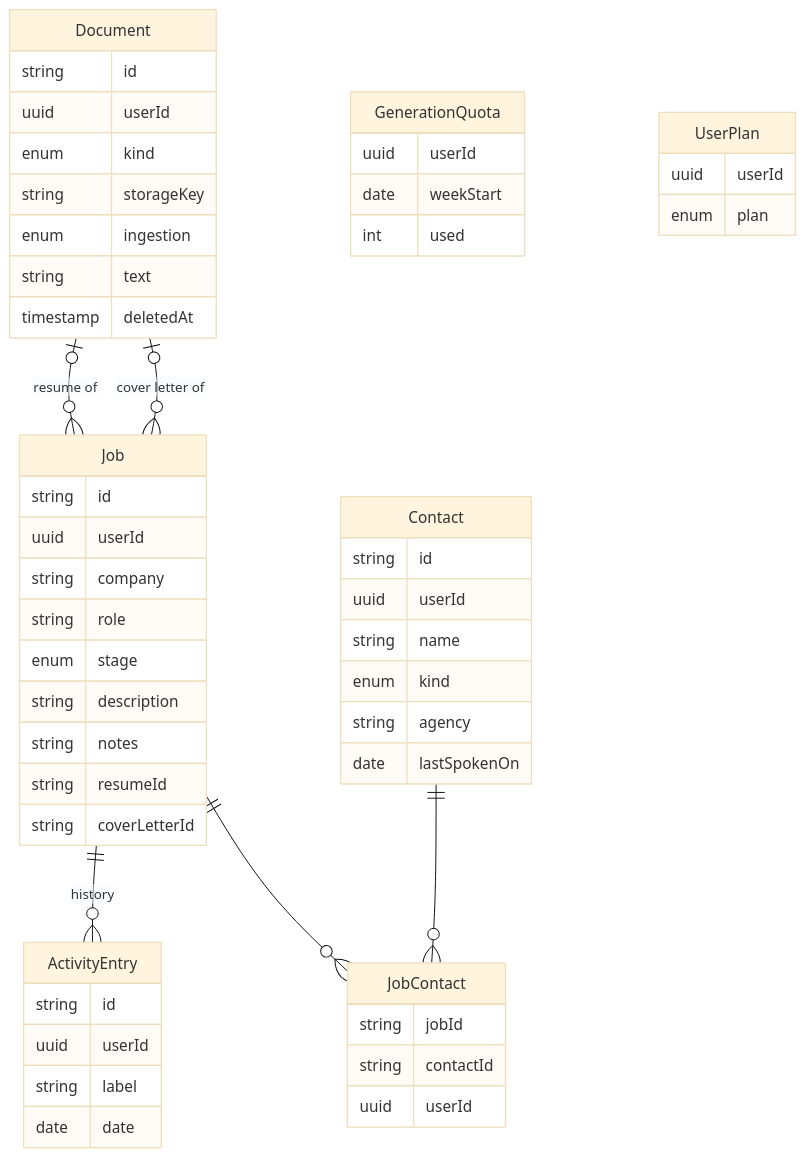
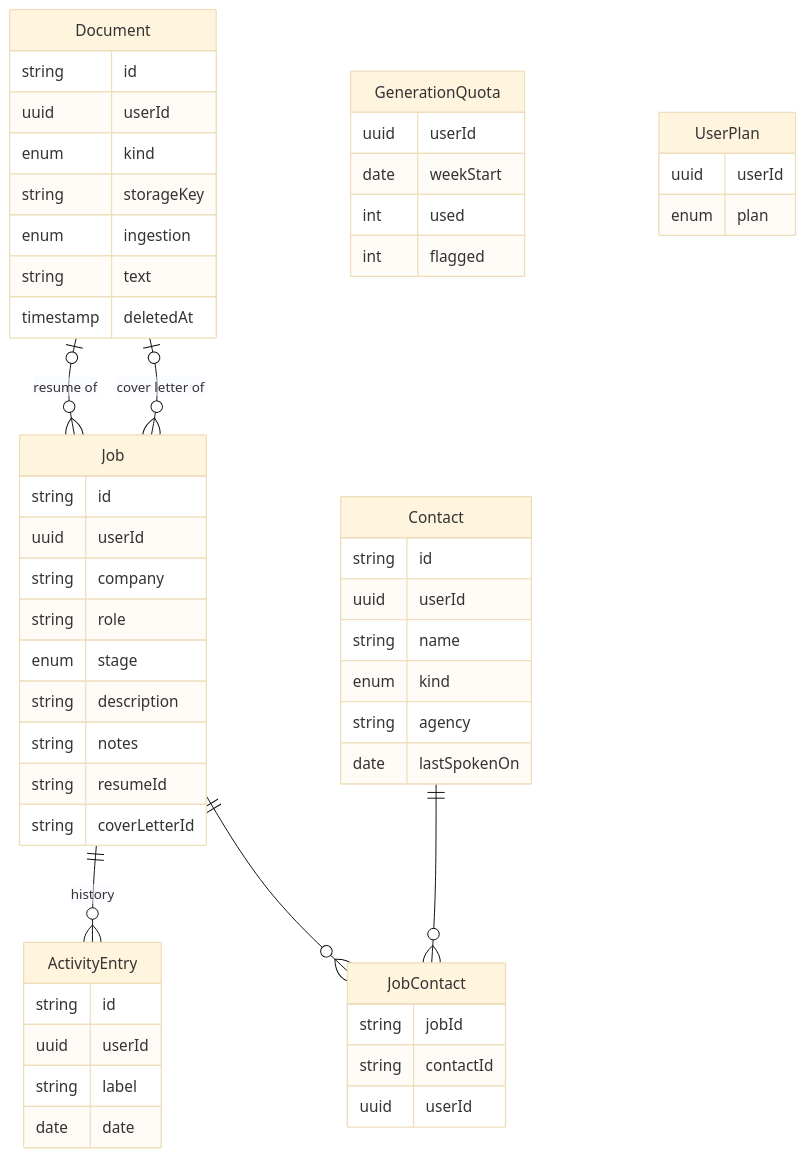
The sixth of 6 diagrams in docs/architecture.md (craigblunden/trailhead), drawn with Mermaid (base theme) before and after one commit. The commit also changed other lines of this file and 54 other files, not shown here.

````diff
--- a/docs/architecture.md
+++ b/docs/architecture.md
@@ -183,57 +195,58 @@
 ```mermaid
 erDiagram
   Job ||--o{ ActivityEntry : "history"
   Job ||--o{ JobContact : ""
   Contact ||--o{ JobContact : ""
   Document |o--o{ Job : "resume of"
   Document |o--o{ Job : "cover letter of"
 
   Job {
     string id
     uuid userId
     string company
     string role
     enum stage
     string description
     string notes
     string resumeId
     string coverLetterId
   }
   Contact {
     string id
     uuid userId
     string name
     enum kind
     string agency
     date lastSpokenOn
   }
   JobContact {
     string jobId
     string contactId
     uuid userId
   }
   ActivityEntry {
     string id
     uuid userId
     string label
     date date
   }
   Document {
     string id
     uuid userId
     enum kind
     string storageKey
     enum ingestion
     string text
     timestamp deletedAt
   }
   GenerationQuota {
     uuid userId
     date weekStart
     int used
+    int flagged
   }
   UserPlan {
     uuid userId
     enum plan
   }
 ```
````
